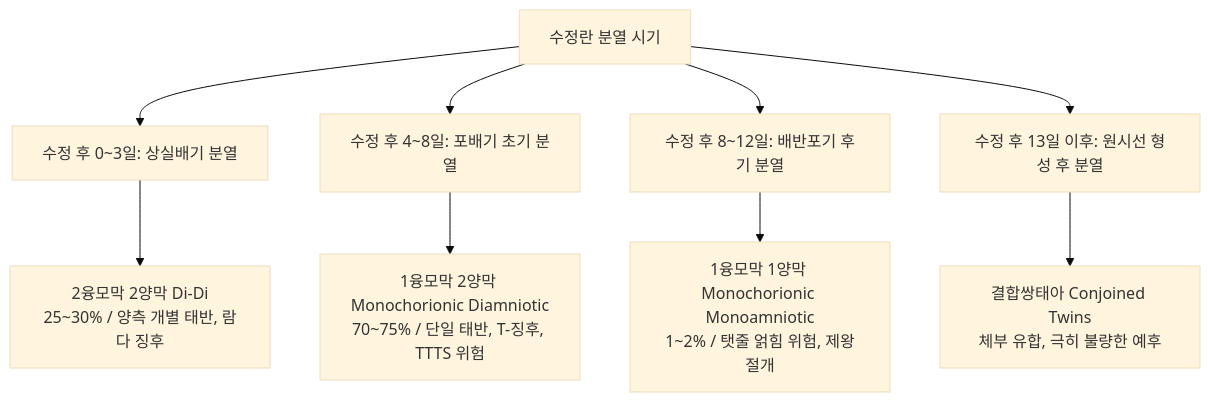
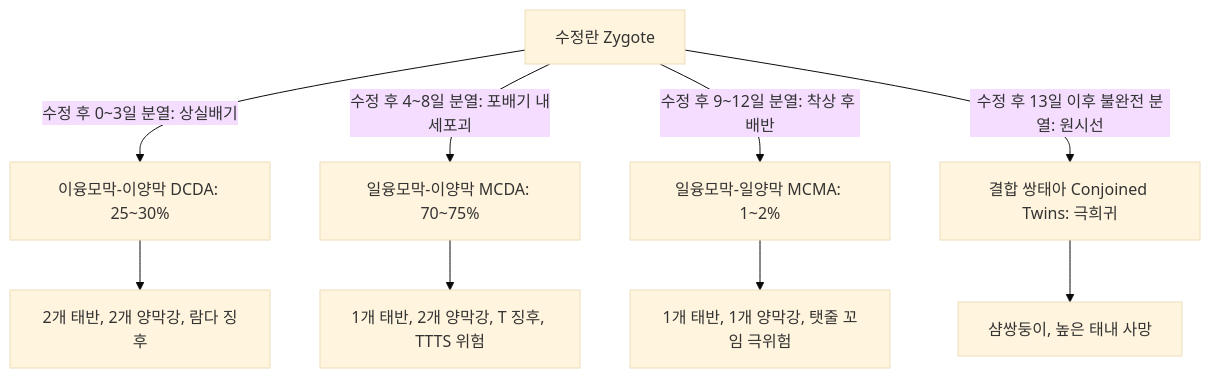
Before and after one commit to simbio11/simbio-digital-garden2: the second of 5 diagrams in content/5. 독서, 노트/독서/네터해부학/Vol1_생식기계/Day12_임신_해부발생_태반생리_산과합병증_분만학.md, drawn with Mermaid (base theme). The commit also changed other lines of this file and 9 other files, not shown here.

````diff
--- a/content/5. 독서, 노트/독서/네터해부학/Vol1_생식기계/Day12_임신_해부발생_태반생리_산과합병증_분만학.md
+++ b/content/5. 독서, 노트/독서/네터해부학/Vol1_생식기계/Day12_임신_해부발생_태반생리_산과합병증_분만학.md
@@ -336,12 +556,12 @@
 ```mermaid
 graph TD
-    Fert[수정란 분열 시기] --> D0_3[수정 후 0~3일: 상실배기 분열]
-    Fert --> D4_8[수정 후 4~8일: 포배기 초기 분열]
-    Fert --> D8_12[수정 후 8~12일: 배반포기 후기 분열]
-    Fert --> D13[수정 후 13일 이후: 원시선 형성 후 분열]
+    Z[수정란 Zygote] -->|수정 후 0~3일 분열: 상실배기| A[이융모막-이양막 DCDA: 25~30%]
+    Z -->|수정 후 4~8일 분열: 포배기 내세포괴| B[일융모막-이양막 MCDA: 70~75%]
+    Z -->|수정 후 9~12일 분열: 착상 후 배반| C[일융모막-일양막 MCMA: 1~2%]
+    Z -->|수정 후 13일 이후 불완전 분열: 원시선| D[결합 쌍태아 Conjoined Twins: 극희귀]
 
-    D0_3 --> DCDA[2융모막 2양막 Di-Di<br>25~30% / 양측 개별 태반, 람다 징후]
-    D4_8 --> MCDA[1융모막 2양막 Monochorionic Diamniotic<br>70~75% / 단일 태반, T-징후, TTTS 위험]
-    D8_12 --> MCMA[1융모막 1양막 Monochorionic Monoamniotic<br>1~2% / 탯줄 얽힘 위험, 제왕절개]
-    D13 --> Conjoined[결합쌍태아 Conjoined Twins<br>체부 유합, 극히 불량한 예후]
+    A --> A1[2개 태반, 2개 양막강, 람다 징후]
+    B --> B1[1개 태반, 2개 양막강, T 징후, TTTS 위험]
+    C --> C1[1개 태반, 1개 양막강, 탯줄 꼬임 극위험]
+    D --> D1[샴쌍둥이, 높은 태내 사망]
 ```
````
